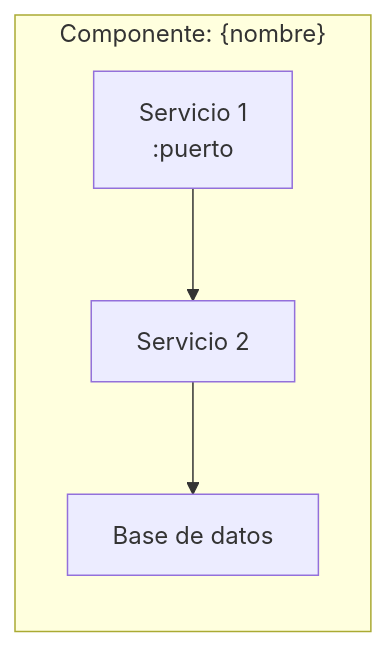
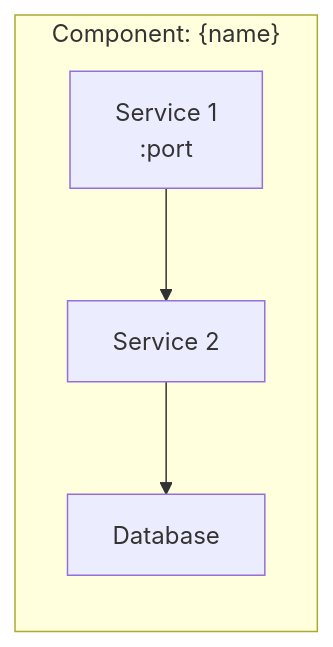
The first of 2 diagrams in skills/arquitec-dev-ia/assets/template_agents_componente.md (elisaul77/Orquestacion_Agentes_claude), drawn with Mermaid before and after one commit. The commit also changed other lines of this file and 14 other files, not shown here.

````diff
--- a/skills/arquitec-dev-ia/assets/template_agents_componente.md
+++ b/skills/arquitec-dev-ia/assets/template_agents_componente.md
@@ -7,12 +7,12 @@
 ```mermaid
 flowchart TB
-    subgraph COMPONENTE["Componente: {nombre}"]
+    subgraph COMPONENT["Component: {name}"]
         direction TB
-        SVC1["Servicio 1\n:puerto"]
-        SVC2["Servicio 2"]
-        DB["Base de datos"]
+        SVC1["Service 1\n:port"]
+        SVC2["Service 2"]
+        DB["Database"]
     end
 
     SVC1 --> SVC2
     SVC2 --> DB
 ```
````
